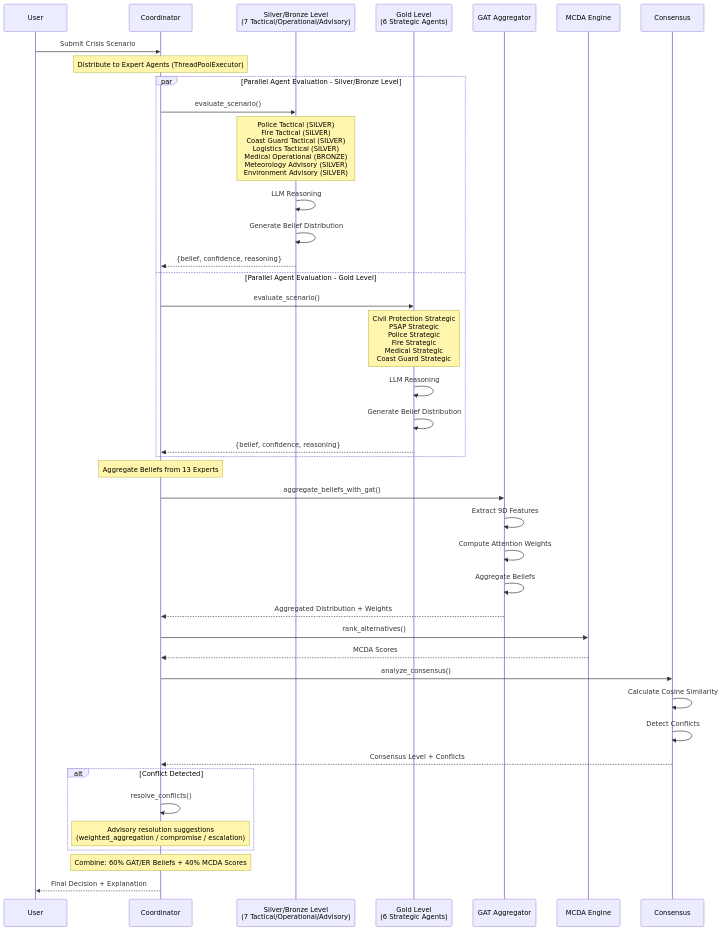
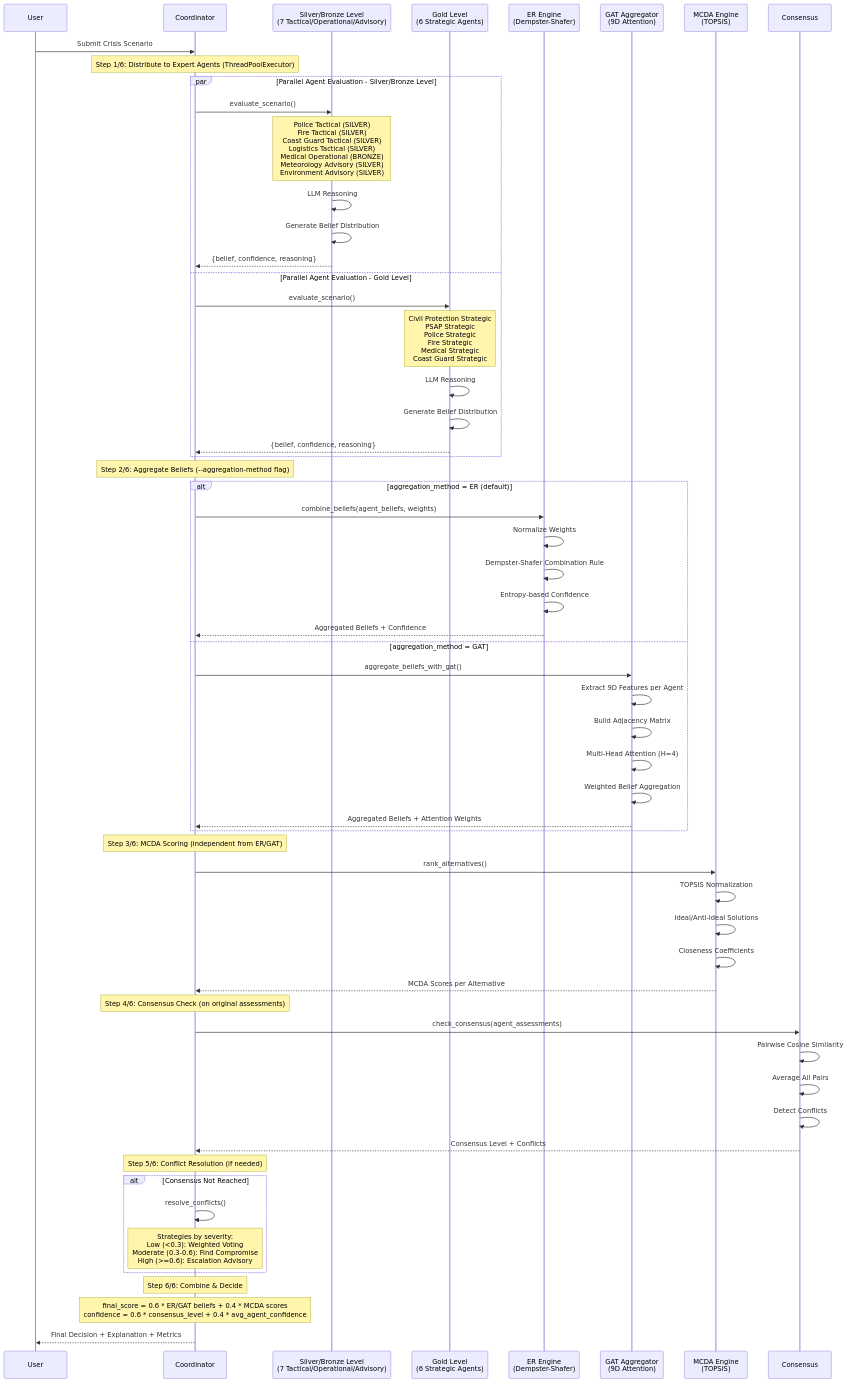
One commit to kerbgr/crisis_mas_poc changed the ninth of 19 diagrams in ARCHITECTURE_DIAGRAMS.md. Above: the diagram before and after it, drawn with Mermaid. The commit also changed other lines of this file, not shown here.

Commit message:
minor fixes

````diff
--- a/ARCHITECTURE_DIAGRAMS.md
+++ b/ARCHITECTURE_DIAGRAMS.md
@@ -421,52 +421,74 @@
 ```mermaid
 sequenceDiagram
     participant User
     participant Coordinator
     participant SilverBronze as Silver/Bronze Level<br/>(7 Tactical/Operational/Advisory)
     participant Gold as Gold Level<br/>(6 Strategic Agents)
-    participant GAT as GAT Aggregator
-    participant MCDA as MCDA Engine
+    participant ER as ER Engine<br/>(Dempster-Shafer)
+    participant GAT as GAT Aggregator<br/>(9D Attention)
+    participant MCDA as MCDA Engine<br/>(TOPSIS)
     participant Consensus
 
     User->>Coordinator: Submit Crisis Scenario
 
-    Note over Coordinator: Distribute to Expert Agents (ThreadPoolExecutor)
+    Note over Coordinator: Step 1/6: Distribute to Expert Agents (ThreadPoolExecutor)
 
     par Parallel Agent Evaluation - Silver/Bronze Level
         Coordinator->>SilverBronze: evaluate_scenario()
         Note over SilverBronze: Police Tactical (SILVER)<br/>Fire Tactical (SILVER)<br/>Coast Guard Tactical (SILVER)<br/>Logistics Tactical (SILVER)<br/>Medical Operational (BRONZE)<br/>Meteorology Advisory (SILVER)<br/>Environment Advisory (SILVER)
         SilverBronze->>SilverBronze: LLM Reasoning
         SilverBronze->>SilverBronze: Generate Belief Distribution
         SilverBronze-->>Coordinator: {belief, confidence, reasoning}
     and Parallel Agent Evaluation - Gold Level
         Coordinator->>Gold: evaluate_scenario()
         Note over Gold: Civil Protection Strategic<br/>PSAP Strategic<br/>Police Strategic<br/>Fire Strategic<br/>Medical Strategic<br/>Coast Guard Strategic
         Gold->>Gold: LLM Reasoning
         Gold->>Gold: Generate Belief Distribution
         Gold-->>Coordinator: {belief, confidence, reasoning}
     end
 
-    Note over Coordinator: Aggregate Beliefs from 13 Experts
+    Note over Coordinator: Step 2/6: Aggregate Beliefs (--aggregation-method flag)
 
-    Coordinator->>GAT: aggregate_beliefs_with_gat()
-    GAT->>GAT: Extract 9D Features
-    GAT->>GAT: Compute Attention Weights
-    GAT->>GAT: Aggregate Beliefs
-    GAT-->>Coordinator: Aggregated Distribution + Weights
+    alt aggregation_method = ER (default)
+        Coordinator->>ER: combine_beliefs(agent_beliefs, weights)
+        ER->>ER: Normalize Weights
+        ER->>ER: Dempster-Shafer Combination Rule
+        ER->>ER: Entropy-based Confidence
+        ER-->>Coordinator: Aggregated Beliefs + Confidence
+    else aggregation_method = GAT
+        Coordinator->>GAT: aggregate_beliefs_with_gat()
+        GAT->>GAT: Extract 9D Features per Agent
+        GAT->>GAT: Build Adjacency Matrix
+        GAT->>GAT: Multi-Head Attention (H=4)
+        GAT->>GAT: Weighted Belief Aggregation
+        GAT-->>Coordinator: Aggregated Beliefs + Attention Weights
+    end
+
+    Note over Coordinator: Step 3/6: MCDA Scoring (independent from ER/GAT)
 
     Coordinator->>MCDA: rank_alternatives()
-    MCDA-->>Coordinator: MCDA Scores
+    MCDA->>MCDA: TOPSIS Normalization
+    MCDA->>MCDA: Ideal/Anti-Ideal Solutions
+    MCDA->>MCDA: Closeness Coefficients
+    MCDA-->>Coordinator: MCDA Scores per Alternative
 
-    Coordinator->>Consensus: analyze_consensus()
-    Consensus->>Consensus: Calculate Cosine Similarity
+    Note over Coordinator: Step 4/6: Consensus Check (on original assessments)
+
+    Coordinator->>Consensus: check_consensus(agent_assessments)
+    Consensus->>Consensus: Pairwise Cosine Similarity
+    Consensus->>Consensus: Average All Pairs
     Consensus->>Consensus: Detect Conflicts
     Consensus-->>Coordinator: Consensus Level + Conflicts
 
-    alt Conflict Detected
+    Note over Coordinator: Step 5/6: Conflict Resolution (if needed)
+
+    alt Consensus Not Reached
         Coordinator->>Coordinator: resolve_conflicts()
-        Note over Coordinator: Advisory resolution suggestions<br/>(weighted_aggregation / compromise / escalation)
+        Note over Coordinator: Strategies by severity:<br/>Low (<0.3): Weighted Voting<br/>Moderate (0.3-0.6): Find Compromise<br/>High (>=0.6): Escalation Advisory
     end
 
-    Note over Coordinator: Combine: 60% GAT/ER Beliefs + 40% MCDA Scores
-    Coordinator-->>User: Final Decision + Explanation
+    Note over Coordinator: Step 6/6: Combine & Decide
+
+    Note over Coordinator: final_score = 0.6 * ER/GAT beliefs + 0.4 * MCDA scores<br/>confidence = 0.6 * consensus_level + 0.4 * avg_agent_confidence
+    Coordinator-->>User: Final Decision + Explanation + Metrics
 ```
````
